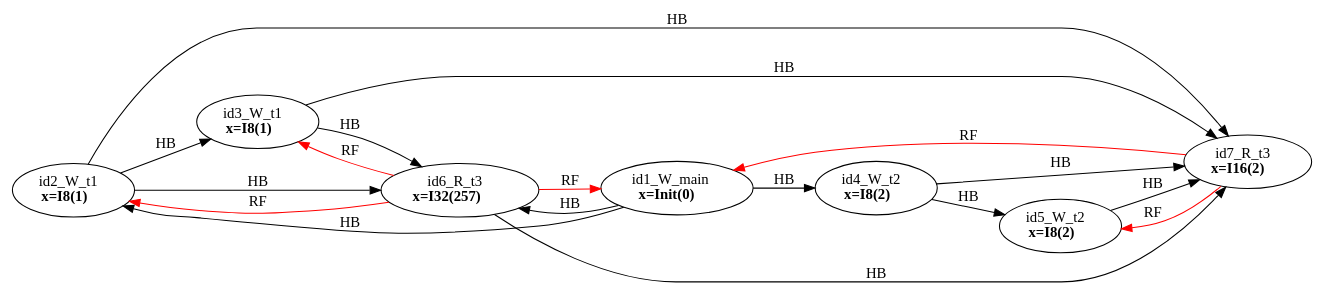
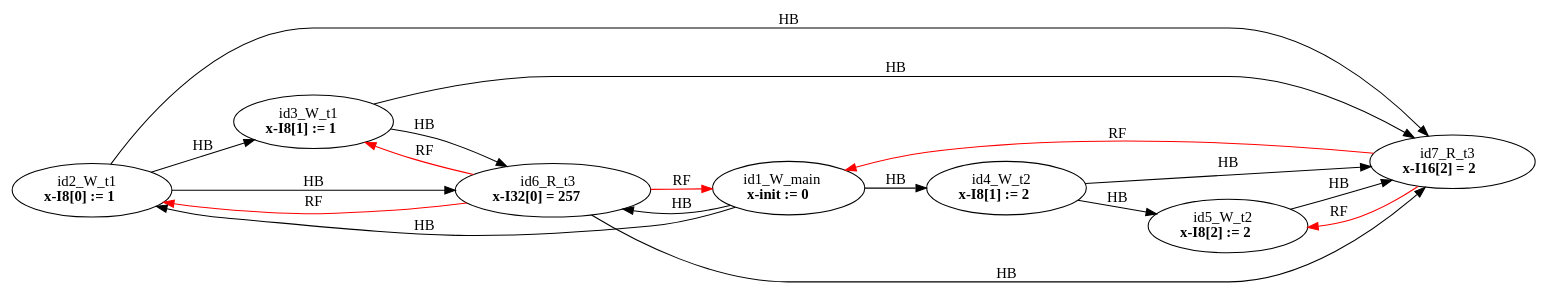
The diagram in examples/single_var/sv_simple15/mm8.dot (FMJS/EMME), drawn with Graphviz before and after one commit. The commit also changed 354 other files, not shown here.

```diff
--- a/examples/single_var/sv_simple15/mm8.dot
+++ b/examples/single_var/sv_simple15/mm8.dot
@@ -1,28 +1,28 @@
 digraph memory_model {
 rankdir=LR;
 splines=true; esep=0.5;
 id2_W_t1 -> id3_W_t1 [label = "HB", color="black"];
 id4_W_t2 -> id5_W_t2 [label = "HB", color="black"];
 id6_R_t3 -> id7_R_t3 [label = "HB", color="black"];
 id1_W_main -> id2_W_t1 [label = "HB", color="black"];
 id1_W_main -> id4_W_t2 [label = "HB", color="black"];
 id1_W_main -> id6_R_t3 [label = "HB", color="black"];
 id2_W_t1 -> id6_R_t3 [label = "HB", color="black"];
 id2_W_t1 -> id7_R_t3 [label = "HB", color="black"];
 id3_W_t1 -> id6_R_t3 [label = "HB", color="black"];
 id3_W_t1 -> id7_R_t3 [label = "HB", color="black"];
 id4_W_t2 -> id7_R_t3 [label = "HB", color="black"];
 id5_W_t2 -> id7_R_t3 [label = "HB", color="black"];
 id6_R_t3 -> id1_W_main [label = "RF", color="red"];
 id6_R_t3 -> id2_W_t1 [label = "RF", color="red"];
 id6_R_t3 -> id3_W_t1 [label = "RF", color="red"];
 id7_R_t3 -> id1_W_main [label = "RF", color="red"];
 id7_R_t3 -> id5_W_t2 [label = "RF", color="red"];
-id1_W_main [label=<id1_W_main<br/><B>x=Init(0)</B>>, pos="5.0,4!"]
-id2_W_t1 [label=<id2_W_t1<br/><B>x=I8(1)</B>>, pos="0,2!"]
-id3_W_t1 [label=<id3_W_t1<br/><B>x=I8(1)</B>>, pos="0,0!"]
-id4_W_t2 [label=<id4_W_t2<br/><B>x=I8(2)</B>>, pos="5,2!"]
-id5_W_t2 [label=<id5_W_t2<br/><B>x=I8(2)</B>>, pos="5,0!"]
-id6_R_t3 [label=<id6_R_t3<br/><B>x=I32(257)</B>>, pos="10,2!"]
-id7_R_t3 [label=<id7_R_t3<br/><B>x=I16(2)</B>>, pos="10,0!"]
+id1_W_main [label=<id1_W_main<br/><B>x-init := 0</B>>, pos="5.0,4!"]
+id2_W_t1 [label=<id2_W_t1<br/><B>x-I8[0] := 1</B>>, pos="0,2!"]
+id3_W_t1 [label=<id3_W_t1<br/><B>x-I8[1] := 1</B>>, pos="0,0!"]
+id4_W_t2 [label=<id4_W_t2<br/><B>x-I8[1] := 2</B>>, pos="5,2!"]
+id5_W_t2 [label=<id5_W_t2<br/><B>x-I8[2] := 2</B>>, pos="5,0!"]
+id6_R_t3 [label=<id6_R_t3<br/><B>x-I32[0] = 257</B>>, pos="10,2!"]
+id7_R_t3 [label=<id7_R_t3<br/><B>x-I16[2] = 2</B>>, pos="10,0!"]
 }
```
